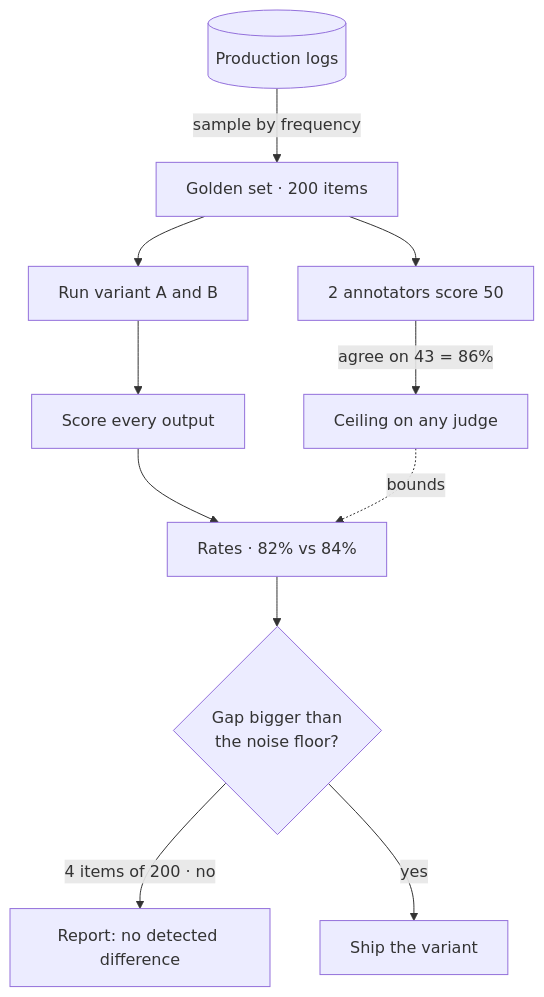
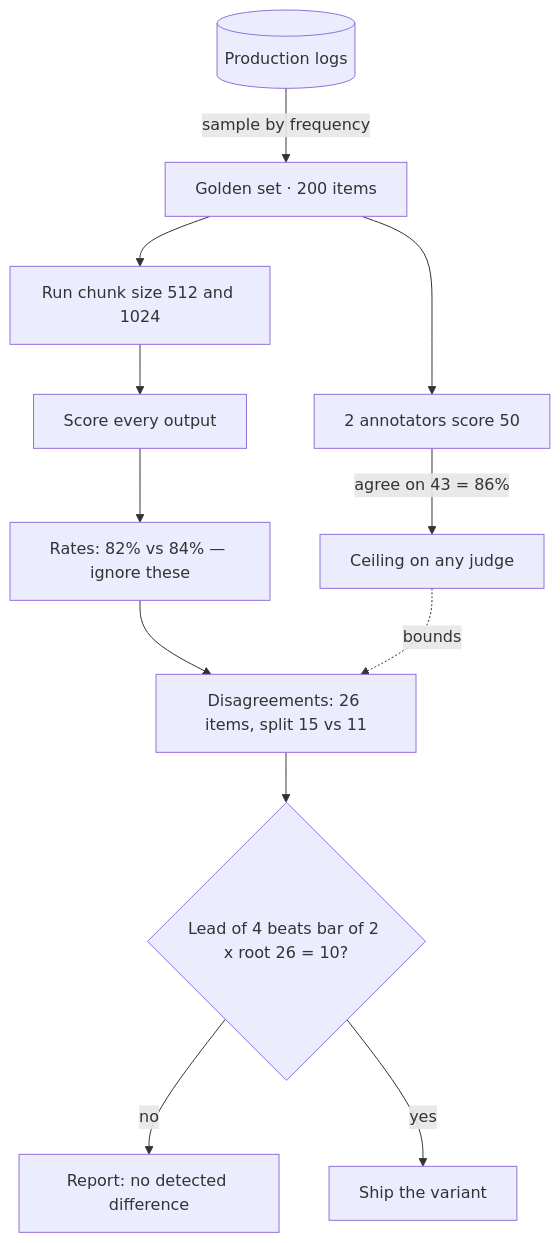
Before and after one commit to cizambra/atlas: the diagram in content/ai/what-makes-an-eval.md, drawn with Mermaid. The commit also changed other lines of this file, not shown here.

````diff
--- a/content/ai/what-makes-an-eval.md
+++ b/content/ai/what-makes-an-eval.md
@@ -127,13 +137,14 @@
 ```mermaid
 flowchart TD
   L[(Production logs)] -->|sample by frequency| G[Golden set · 200 items]
   G --> A[2 annotators score 50]
   A -->|agree on 43 = 86%| CEIL[Ceiling on any judge]
-  G --> RUN[Run variant A and B]
+  G --> RUN[Run chunk size 512 and 1024]
   RUN --> S[Score every output]
-  S --> RATE[Rates · 82% vs 84%]
-  CEIL -.->|bounds| RATE
-  RATE --> D{Gap bigger than<br/>the noise floor?}
-  D -->|4 items of 200 · no| ND[Report: no detected difference]
+  S --> RATE["Rates: 82% vs 84% — ignore these"]
+  RATE --> DIS["Disagreements: 26 items, split 15 vs 11"]
+  CEIL -.->|bounds| DIS
+  DIS --> D{"Lead of 4 beats bar of 2 x root 26 = 10?"}
+  D -->|no| ND["Report: no detected difference"]
   D -->|yes| SHIP[Ship the variant]
 ```
````
